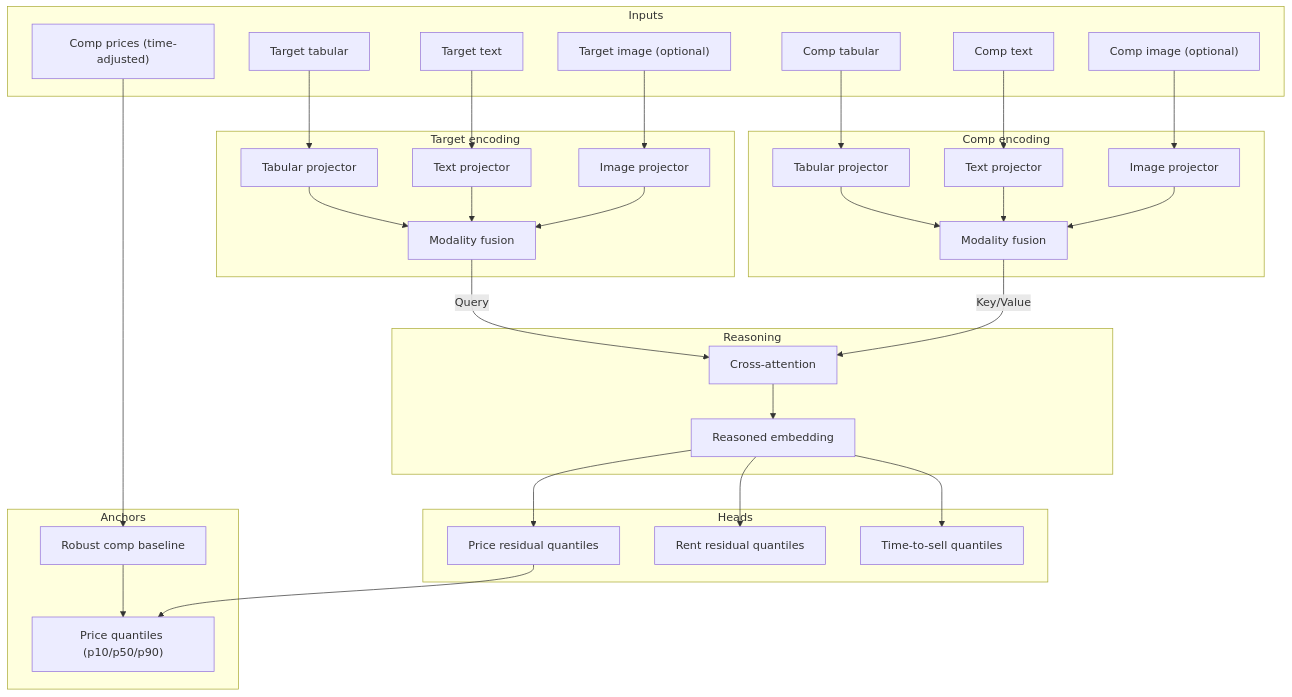
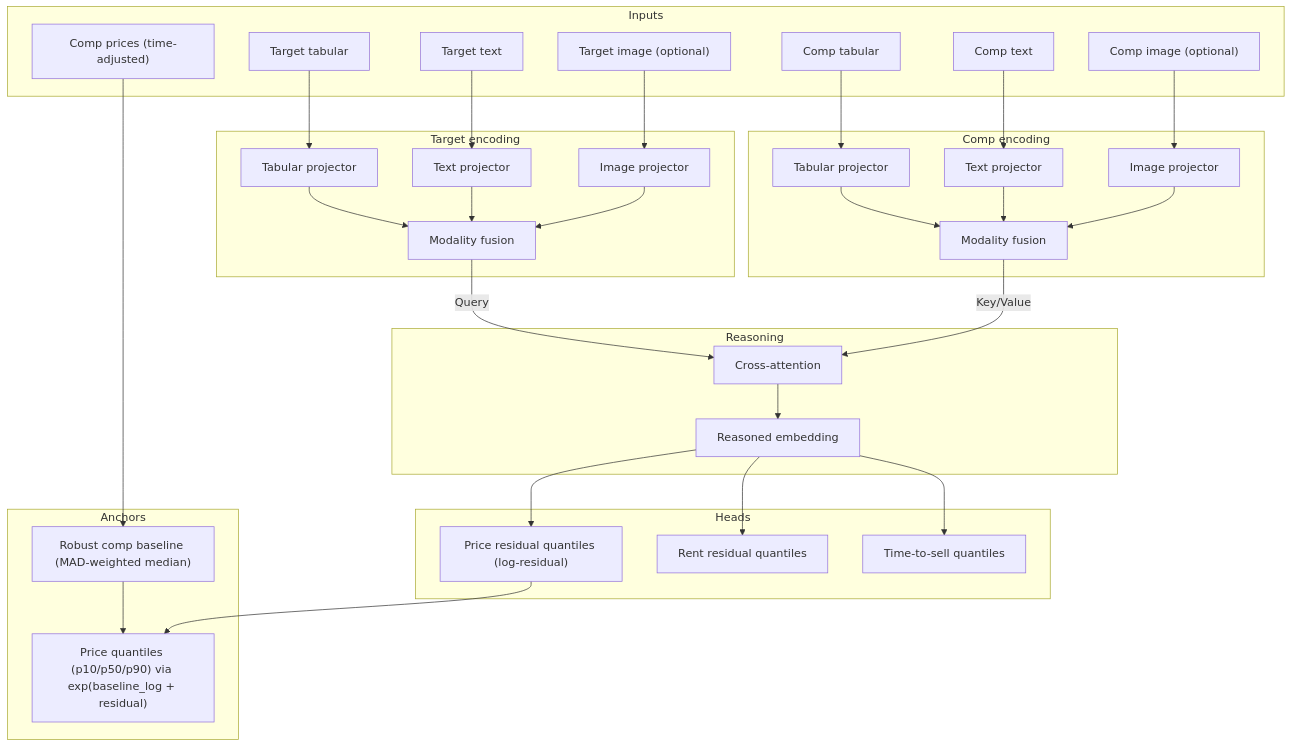
One commit to Nirtzur0/PropertyScanner changed the first of 2 diagrams in docs/07_model_architecture.md. Above: the diagram before and after it, drawn with Mermaid. The commit also changed other lines of this file and 4 other files, not shown here.

````diff
--- a/docs/07_model_architecture.md
+++ b/docs/07_model_architecture.md
@@ -7,59 +13,59 @@
 ```mermaid
 flowchart TB
     subgraph Inputs
         T_Tab["Target tabular"]
         T_Txt["Target text"]
         T_Img["Target image (optional)"]
         C_Tab["Comp tabular"]
         C_Txt["Comp text"]
         C_Img["Comp image (optional)"]
         C_Prices["Comp prices (time-adjusted)"]
     end
 
     subgraph "Target encoding"
         T_TabProj["Tabular projector"]
         T_TxtProj["Text projector"]
         T_ImgProj["Image projector"]
         T_Fuse["Modality fusion"]
     end
 
     subgraph "Comp encoding"
         C_TabProj["Tabular projector"]
         C_TxtProj["Text projector"]
         C_ImgProj["Image projector"]
         C_Fuse["Modality fusion"]
     end
 
     subgraph Reasoning
         Attn["Cross-attention"]
         Reason["Reasoned embedding"]
     end
 
     subgraph Heads
-        PriceRes["Price residual quantiles"]
+        PriceRes["Price residual quantiles (log-residual)"]
         RentRes["Rent residual quantiles"]
         TimeRes["Time-to-sell quantiles"]
     end
 
     subgraph Anchors
-        Baseline["Robust comp baseline"]
-        PriceOut["Price quantiles (p10/p50/p90)"]
+        Baseline["Robust comp baseline (MAD-weighted median)"]
+        PriceOut["Price quantiles (p10/p50/p90) via exp(baseline_log + residual)"]
     end
 
     T_Tab --> T_TabProj --> T_Fuse
     T_Txt --> T_TxtProj --> T_Fuse
     T_Img --> T_ImgProj --> T_Fuse
 
     C_Tab --> C_TabProj --> C_Fuse
     C_Txt --> C_TxtProj --> C_Fuse
     C_Img --> C_ImgProj --> C_Fuse
 
     T_Fuse -->|Query| Attn
     C_Fuse -->|Key/Value| Attn
     Attn --> Reason --> PriceRes
     Reason --> RentRes
     Reason --> TimeRes
 
     C_Prices --> Baseline --> PriceOut
     PriceRes --> PriceOut
 ```
````
